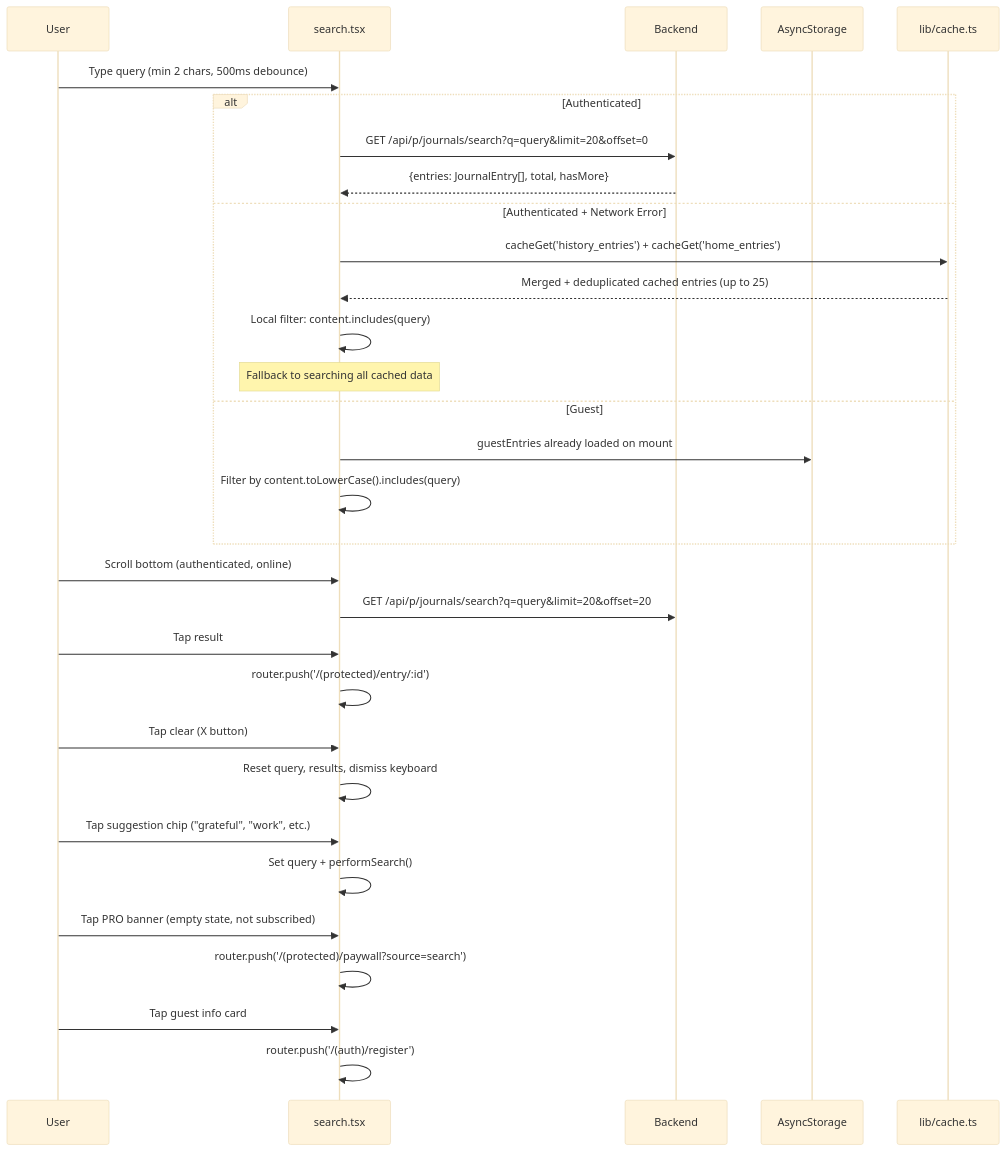
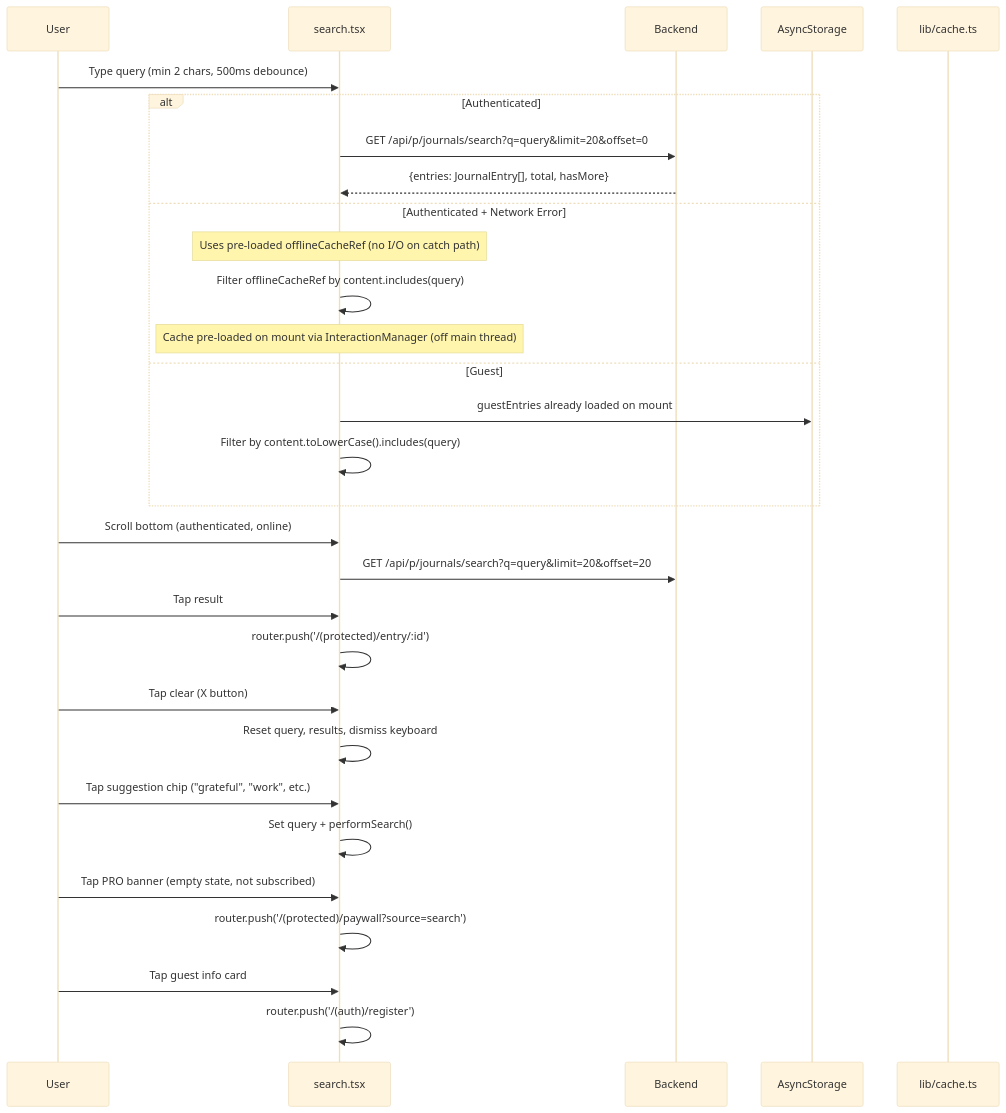
One commit to ahmetk3436/Daiyly changed diagram 15 of 27 in FLOWS.md. Above: the diagram before and after it, drawn with Mermaid (base theme). The commit also changed other lines of this file and 2 other files, not shown here.

````diff
--- a/FLOWS.md
+++ b/FLOWS.md
@@ -941,41 +941,40 @@
 ```mermaid
 sequenceDiagram
     participant U as User
     participant Srch as search.tsx
     participant API as Backend
     participant AS as AsyncStorage
     participant Cache as lib/cache.ts
 
     U->>Srch: Type query (min 2 chars, 500ms debounce)
 
     alt Authenticated
         Srch->>API: GET /api/p/journals/search?q=query&limit=20&offset=0
         API-->>Srch: {entries: JournalEntry[], total, hasMore}
     else Authenticated + Network Error
-        Srch->>Cache: cacheGet('history_entries') + cacheGet('home_entries')
-        Cache-->>Srch: Merged + deduplicated cached entries (up to 25)
-        Srch->>Srch: Local filter: content.includes(query)
-        Note over Srch: Fallback to searching all cached data
+        Note over Srch: Uses pre-loaded offlineCacheRef (no I/O on catch path)
+        Srch->>Srch: Filter offlineCacheRef by content.includes(query)
+        Note over Srch: Cache pre-loaded on mount via InteractionManager (off main thread)
     else Guest
         Srch->>AS: guestEntries already loaded on mount
         Srch->>Srch: Filter by content.toLowerCase().includes(query)
     end
 
     U->>Srch: Scroll bottom (authenticated, online)
     Srch->>API: GET /api/p/journals/search?q=query&limit=20&offset=20
 
     U->>Srch: Tap result
     Srch->>Srch: router.push('/(protected)/entry/:id')
 
     U->>Srch: Tap clear (X button)
     Srch->>Srch: Reset query, results, dismiss keyboard
 
     U->>Srch: Tap suggestion chip ("grateful", "work", etc.)
     Srch->>Srch: Set query + performSearch()
 
     U->>Srch: Tap PRO banner (empty state, not subscribed)
     Srch->>Srch: router.push('/(protected)/paywall?source=search')
 
     U->>Srch: Tap guest info card
     Srch->>Srch: router.push('/(auth)/register')
 ```
````
